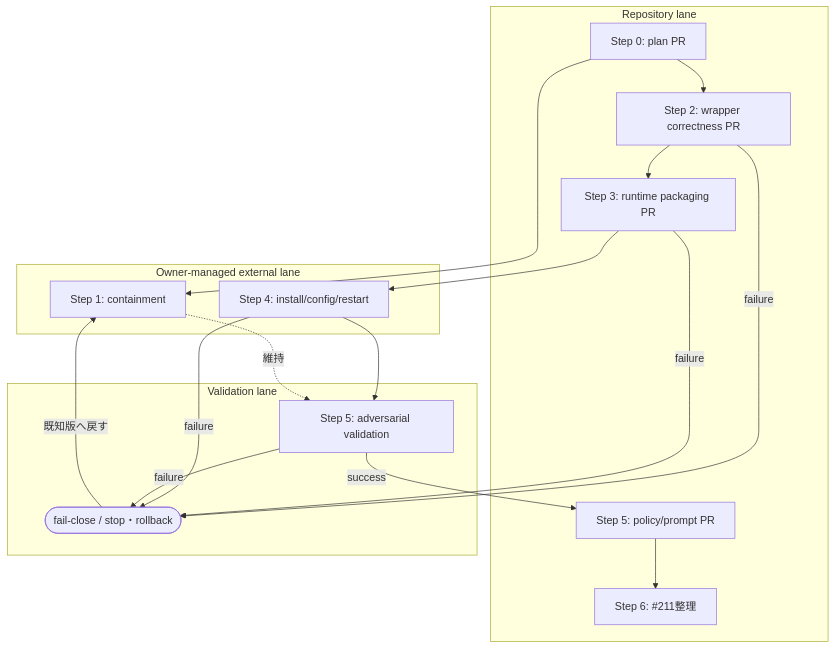
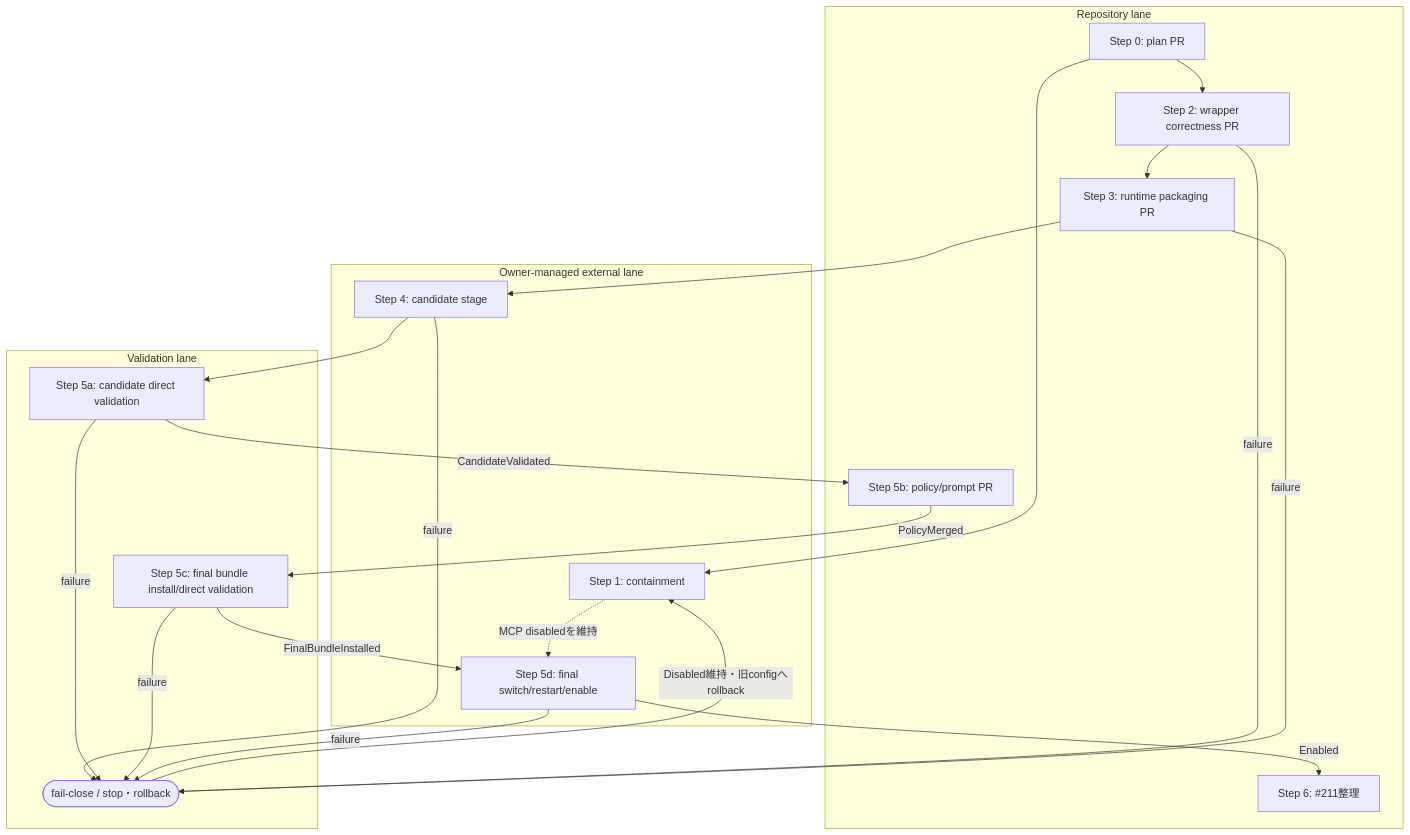
The first of 2 diagrams in docs/methods/claude-review-remediation-plan.md (hiratashinnya/review-system), drawn with Mermaid before and after one commit. The commit also changed other lines of this file, not shown here.

````diff
--- a/docs/methods/claude-review-remediation-plan.md
+++ b/docs/methods/claude-review-remediation-plan.md
@@ -131,32 +133,38 @@
 ```mermaid
 flowchart TD
   subgraph Repository[Repository lane]
     S0[Step 0: plan PR]
     S2[Step 2: wrapper correctness PR]
     S3[Step 3: runtime packaging PR]
-    S5P[Step 5: policy/prompt PR]
+    S5P[Step 5b: policy/prompt PR]
     S6[Step 6: #211整理]
   end
   subgraph Owner[Owner-managed external lane]
     S1[Step 1: containment]
-    S4[Step 4: install/config/restart]
+    S4[Step 4: candidate stage]
+    S5F[Step 5d: final switch/restart/enable]
   end
   subgraph Validation[Validation lane]
-    S5V[Step 5: adversarial validation]
+    S5VC[Step 5a: candidate direct validation]
+    S5I[Step 5c: final bundle install/direct validation]
     STOP([fail-close / stop・rollback])
   end
 
   S0 --> S1
   S0 --> S2
   S2 --> S3
   S3 --> S4
-  S4 --> S5V
-  S5V -->|success| S5P
-  S5P --> S6
-  S1 -.維持.-> S5V
+  S4 --> S5VC
+  S5VC -->|CandidateValidated| S5P
+  S5P -->|PolicyMerged| S5I
+  S5I -->|FinalBundleInstalled| S5F
+  S5F -->|Enabled| S6
+  S1 -.MCP disabledを維持.-> S5F
   S2 -->|failure| STOP
   S3 -->|failure| STOP
   S4 -->|failure| STOP
-  S5V -->|failure| STOP
-  STOP -->|既知版へ戻す| S1
+  S5VC -->|failure| STOP
+  S5I -->|failure| STOP
+  S5F -->|failure| STOP
+  STOP -->|Disabled維持・旧configへrollback| S1
 ```
````
